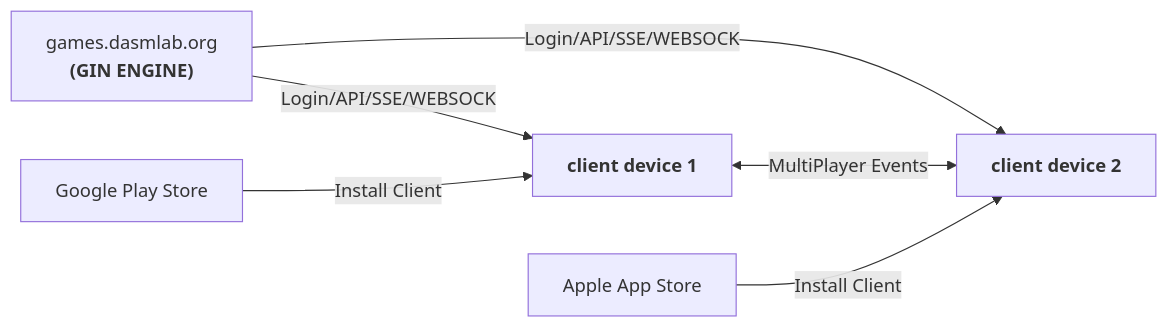
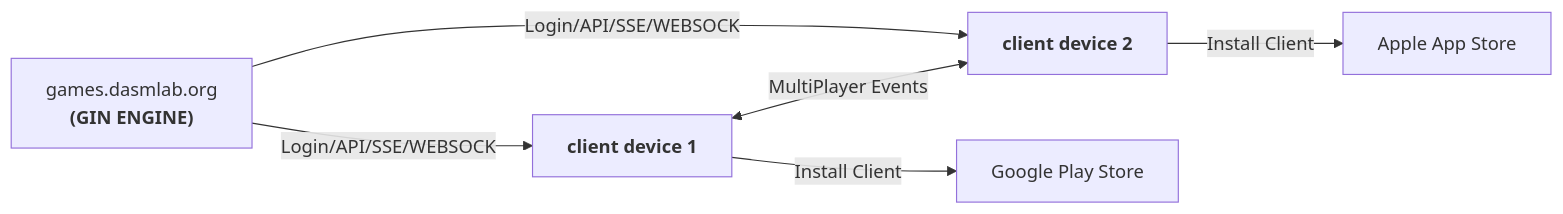
Before and after one commit to dasmlab/card-suite: the diagram in README.md, drawn with Mermaid.

````diff
--- a/README.md
+++ b/README.md
@@ -10,22 +10,22 @@
 ```mermaid
 flowchart LR
     S1["games.dasmlab.org<br/><b>(GIN ENGINE)</b>"]
 
     C1["<b>client device 1</b>"]
     C2["<b>client device 2</b>"]
 
     GP["Google Play Store"]
     AS["Apple App Store"]
 
     %% Backend to clients
     S1 -- "Login/API/SSE/WEBSOCK" --> C1
     S1 -- "Login/API/SSE/WEBSOCK" --> C2
 
     %% Multiplayer events
     C1 <--> |"MultiPlayer Events"| C2
 
     %% App Stores to clients
-    GP -- "Install Client" --> C1
-    AS -- "Install Client" --> C2
+    C1 -- "Install Client" --> GP
+    C2 -- "Install Client" --> AS
 
 ```
````
